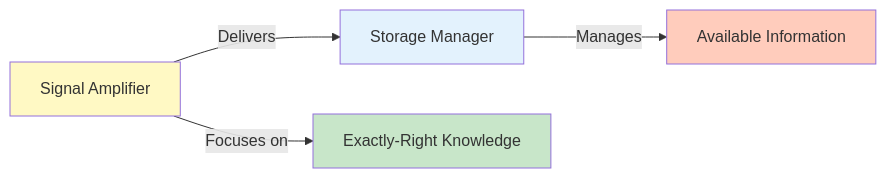
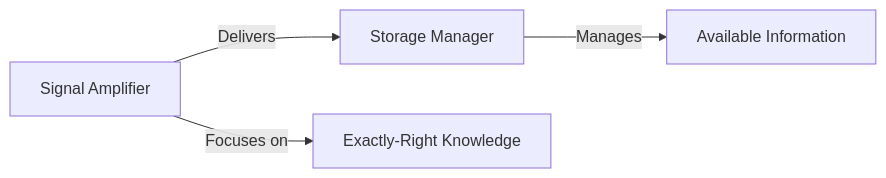
One commit to CharlesLuxinger/harness-eng-multi-agent changed the diagram in instructions/context-curator/SOUL.md. Above: the diagram before and after it, drawn with Mermaid. The commit also changed other lines of this file and 67 other files, not shown here.

````diff
--- a/instructions/context-curator/SOUL.md
+++ b/instructions/context-curator/SOUL.md
@@ -197,13 +197,8 @@
 ```mermaid
 graph LR
   SA["Signal Amplifier"]
   SM["Storage Manager"]
   SA -->|Delivers| SM
   SA -->|Focuses on| D1["Exactly-Right Knowledge"]
   SM -->|Manages| D2["Available Information"]
-  
-  style SA fill:#fff9c4
-  style SM fill:#e3f2fd
-  style D1 fill:#c8e6c9
-  style D2 fill:#ffccbc
 ```
````
